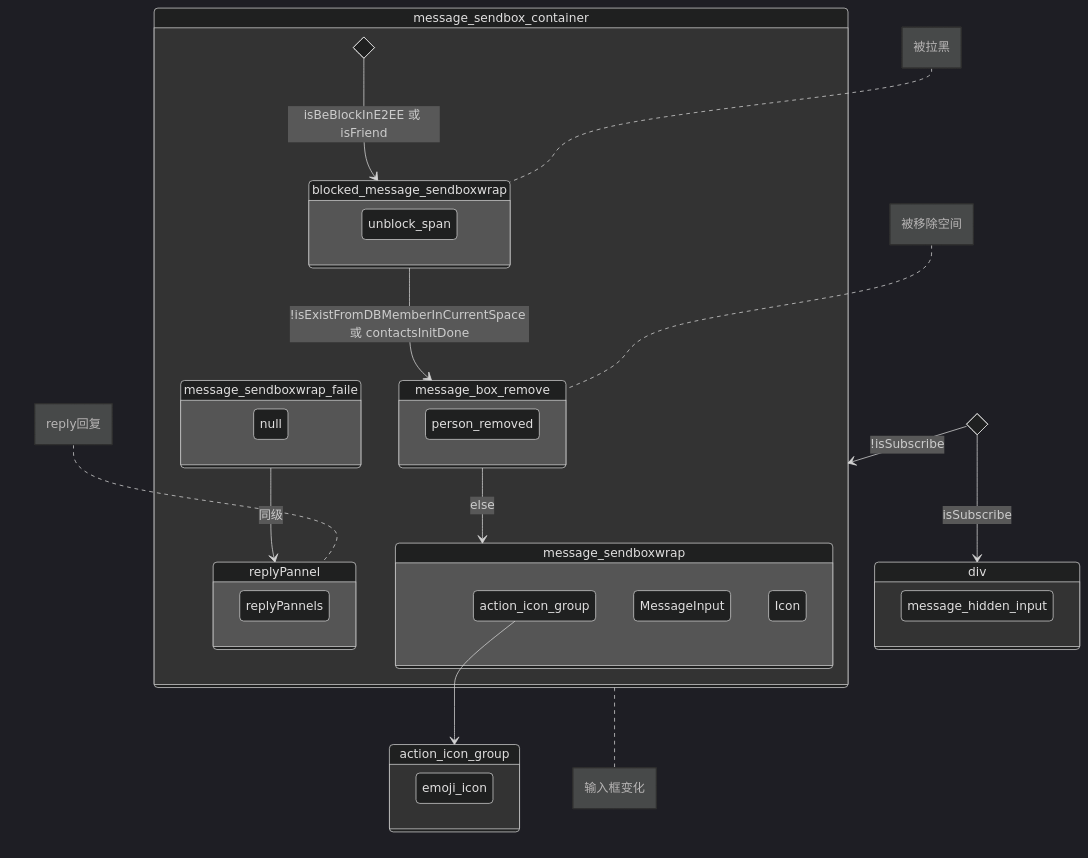
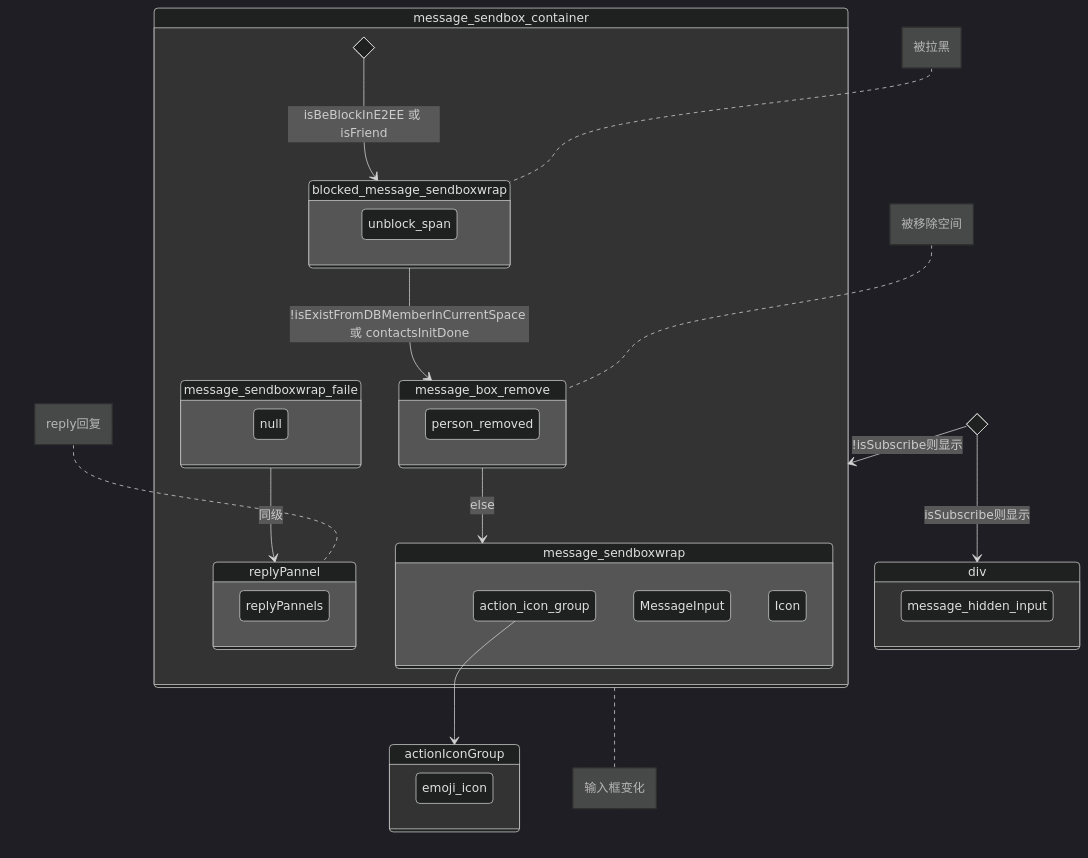
One commit to luuman/newDoc changed the second of 3 diagrams in docs/note/Com/MessageInputTop.md. Above: the diagram before and after it, drawn with Mermaid (dark theme). The commit also changed other lines of this file and 20 other files, not shown here.

````diff
--- a/docs/note/Com/MessageInputTop.md
+++ b/docs/note/Com/MessageInputTop.md
@@ -5,41 +16,41 @@
 ```mermaid
 stateDiagram-v2
 	state message_sendbox_container {
 		state message_sendboxwrap_faile {
 			null
 		}
 		state replyPannel {
 			replyPannels
 		}
     state blocked_message_sendboxwrap {
 			unblock_span
 		}
     state message_box_remove {
 			person_removed
 		}
     state message_sendboxwrap {
 			action_icon_group1: action_icon_group
     	MessageInput
     	Icon
 		}
 		state Y1 <<choice>>
 		Y1 --> blocked_message_sendboxwrap: isBeBlockInE2EE 或 isFriend
 		blocked_message_sendboxwrap --> message_box_remove: !isExistFromDBMemberInCurrentSpace 或 contactsInitDone
 		message_box_remove --> message_sendboxwrap: else
 		message_sendboxwrap_faile --> replyPannel: 同级
 		note left of blocked_message_sendboxwrap: 被拉黑
 		note left of message_box_remove: 被移除空间
 		note left of replyPannel: reply回复
   }
 	state div {
 		message_hidden_input
   }
-	state action_icon_group {
+	state actionIconGroup {
 		emoji_icon
   }
 	state Y2 <<choice>>
-	Y2 --> message_sendbox_container: !isSubscribe
-	Y2 --> div: isSubscribe
+	Y2 --> message_sendbox_container: !isSubscribe则显示
+	Y2 --> div: isSubscribe则显示
 	note right of message_sendbox_container: 输入框变化
-	action_icon_group1 --> action_icon_group
+	action_icon_group1 --> actionIconGroup
 ```
````
